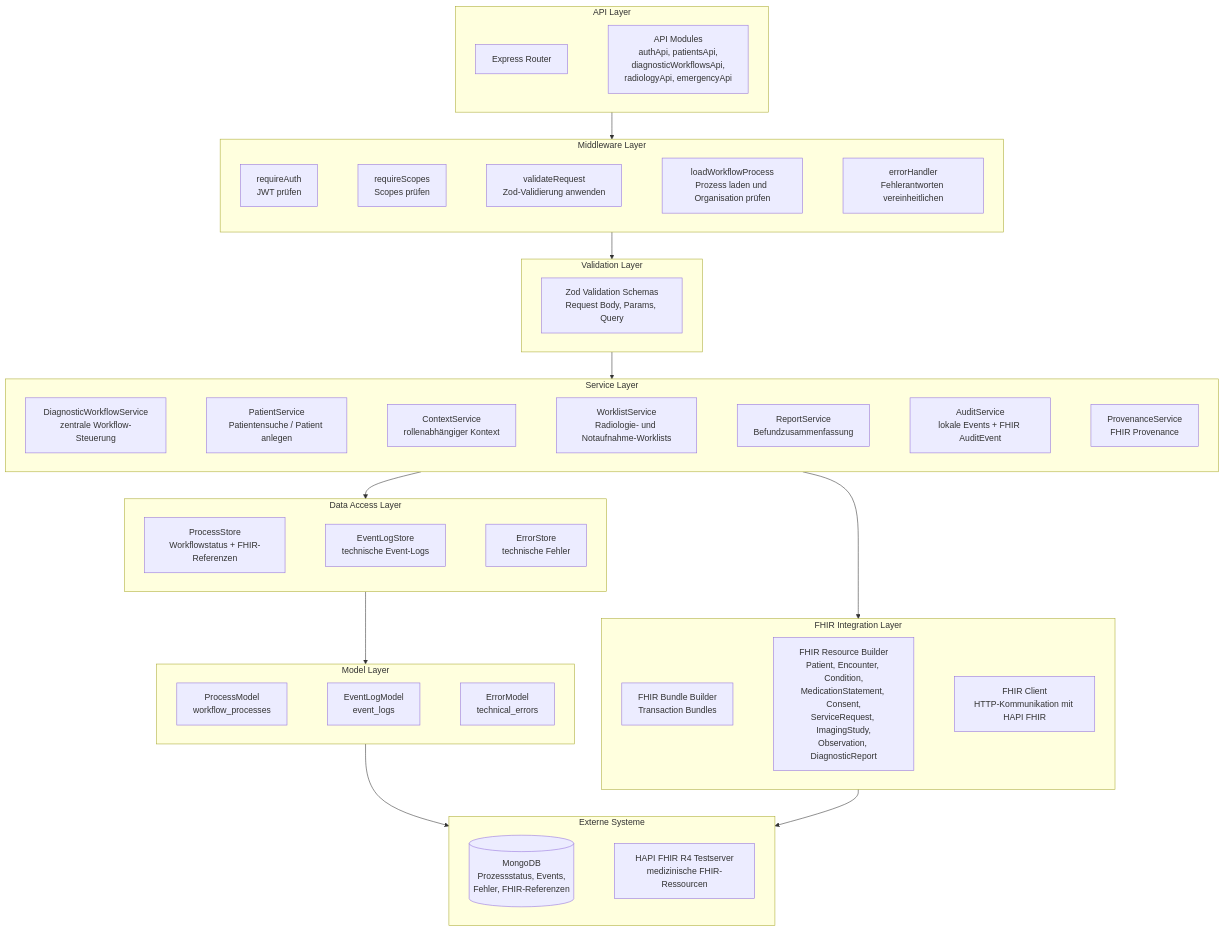
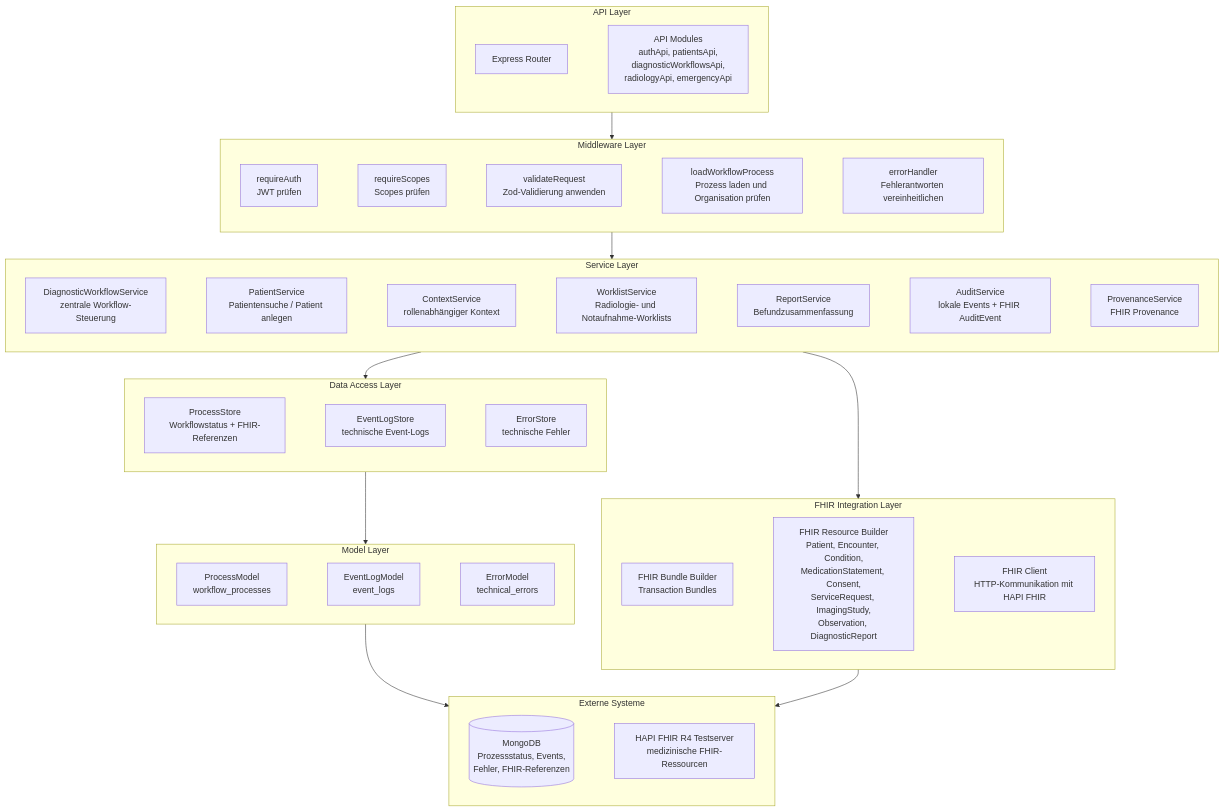
The diagram in Planungsdokument.md (MiriamMakdis/Diagnostik-Befunddokumentation), drawn with Mermaid before and after one commit.

```diff
--- a/Planungsdokument.md
+++ b/Planungsdokument.md
@@ -752,11 +752,6 @@
         ScopeMiddleware ~~~ RequestValidation
         RequestValidation ~~~ ProcessLoader
         ProcessLoader ~~~ ErrorHandling
-    end
-
-    subgraph L3[Validation Layer]
-        direction LR
-        Validator[Zod Validation Schemas<br/>Request Body, Params, Query]
     end
 
     subgraph L4[Service Layer]
@@ -816,8 +811,7 @@
     end
 
     L1 --> L2
-    L2 --> L3
-    L3 --> L4
+    L2 --> L4
     L4 --> L5
     L4 --> L6
     L6 --> L7
```
